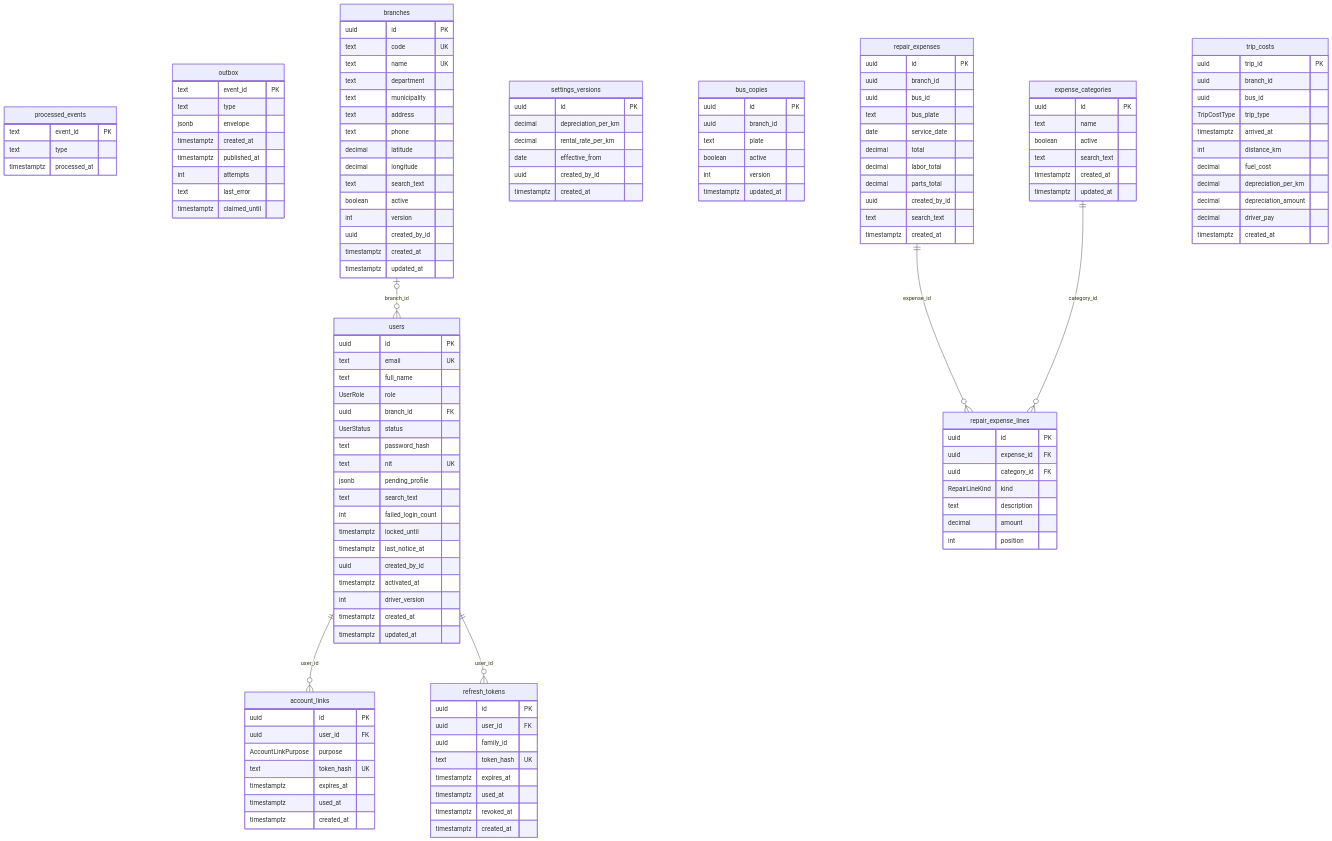
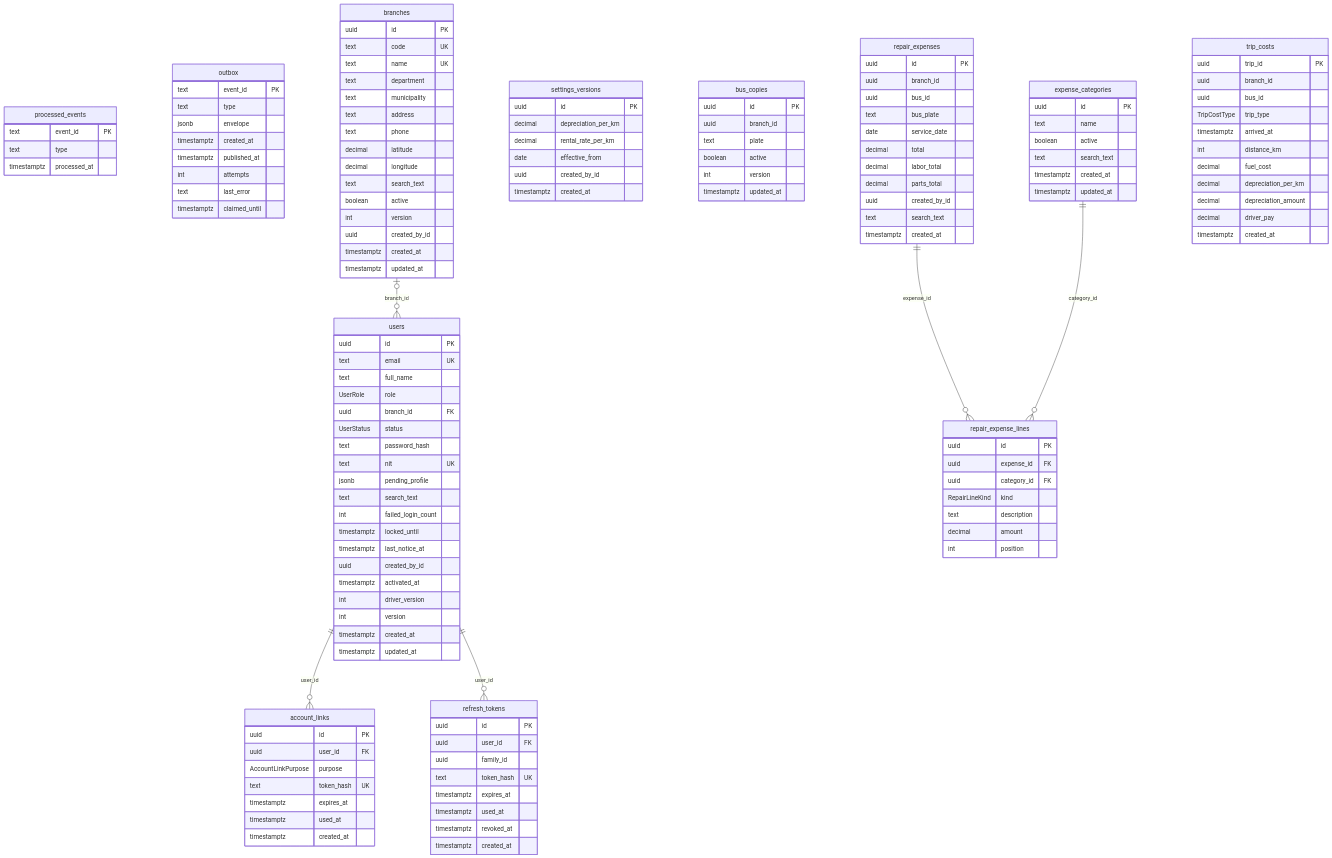
Before and after one commit to JeffMenca/debus: the second of 3 diagrams in docs/administracion/README.md, drawn with Mermaid. The commit also changed other lines of this file and 108 other files, not shown here.

```diff
--- a/docs/administracion/README.md
+++ b/docs/administracion/README.md
@@ -70,6 +70,7 @@
     uuid created_by_id
     timestamptz activated_at
     int driver_version
+    int version
     timestamptz created_at
     timestamptz updated_at
   }
```
